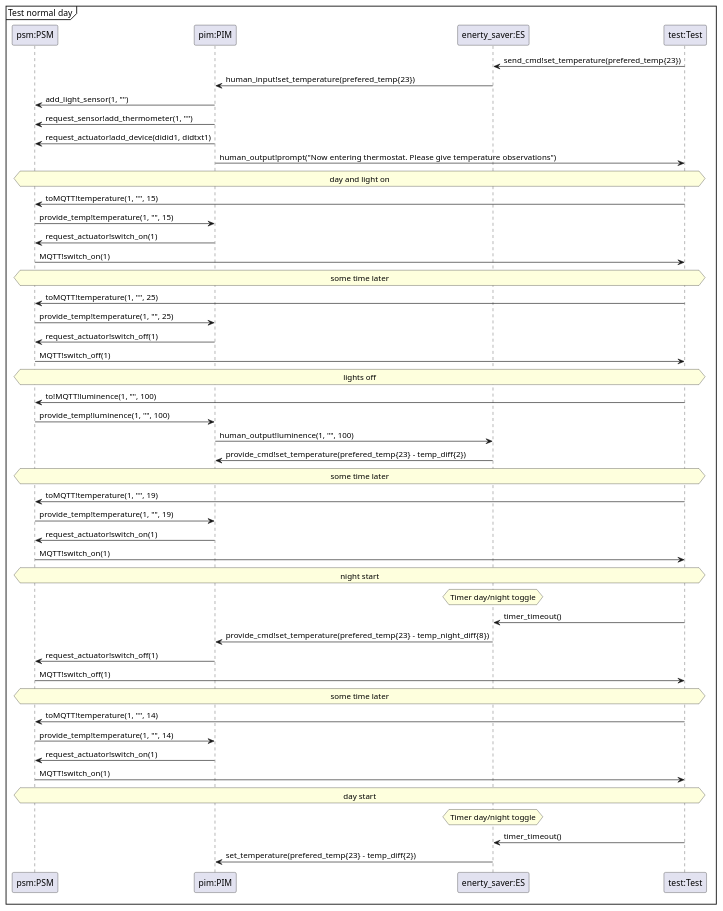
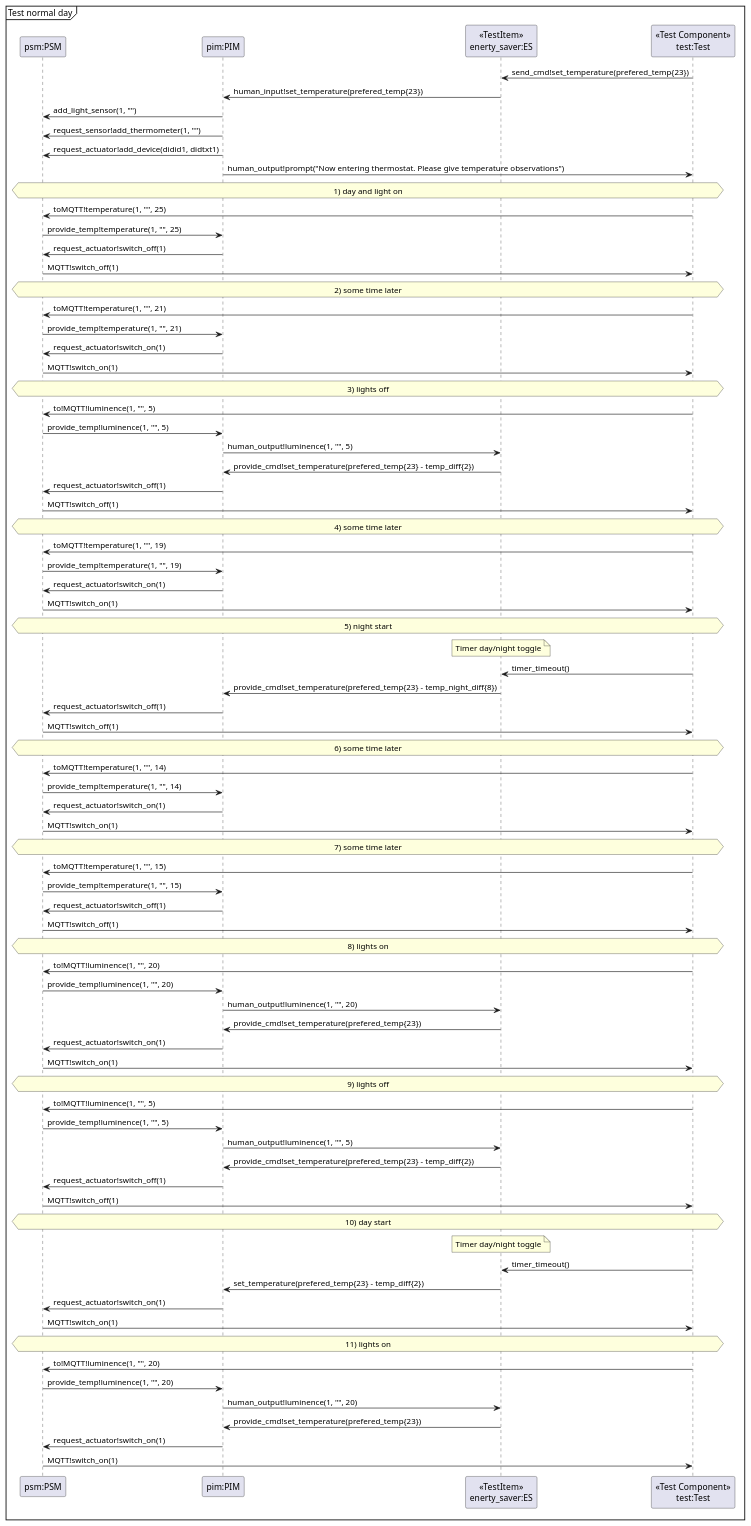
Before and after one commit to Tobhal/HIOF-Models-and-Digital-Twins: the diagram in Oblig1/TheRoomX3D2.MQTT.sim/Diagrams/new - sequence test diagram.plantuml, drawn with PlantUML. The commit also changed 1 other file, not shown here.

Commit message:
Update to diagrams
Created as new files temprary

```diff
--- a/Oblig1/TheRoomX3D2.MQTT.sim/Diagrams/new - sequence test diagram.plantuml
+++ b/Oblig1/TheRoomX3D2.MQTT.sim/Diagrams/new - sequence test diagram.plantuml
@@ -1,77 +1,144 @@
 @startuml sequense diagram
 mainframe Test normal day
 
 participant "psm:PSM" as psm
 participant "pim:PIM" as pim
-participant "enerty_saver:ES" as es
-participant "test:Test" as test
+participant "«TestItem»\nenerty_saver:ES" as es
+participant "«Test Component»\ntest:Test" as test
 
 'Set preferred temp
 es <- test: send_cmd!set_temperature(prefered_temp{23})
 pim <- es: human_input!set_temperature(prefered_temp{23})
 
 psm <- pim: add_light_sensor(1, "")
 
 psm <- pim: request_sensor!add_thermometer(1, "")
 psm <- pim: request_actuator!add_device(didid1, didtxt1)
 
 pim -> test: human_output!prompt("Now entering thermostat. Please give temperature observations")
 
-hnote across: day and light on
+hnote across: 1) day and light on
 'setup compleat
-
-test -> psm: toMQTT!temperature(1, "", 15)
-psm -> pim: provide_temp!temperature(1, "", 15)
-
-psm <- pim: request_actuator!switch_on(1)
-test <- psm: MQTT!switch_on(1)
-
-hnote across: some time later
 
 test -> psm: toMQTT!temperature(1, "", 25)
 psm -> pim: provide_temp!temperature(1, "", 25)
 
 psm <- pim: request_actuator!switch_off(1)
 test <- psm: MQTT!switch_off(1)
 
-hnote across: lights off
+/'---divider---'/
 
-test -> psm: to!MQTT!luminence(1, "", 100)
-psm -> pim: provide_temp!luminence(1, "", 100)
-pim -> es: human_output!luminence(1, "", 100)
+hnote across: 2) some time later
+
+test -> psm: toMQTT!temperature(1, "", 21)
+psm -> pim: provide_temp!temperature(1, "", 21)
+
+psm <- pim: request_actuator!switch_on(1)
+test <- psm: MQTT!switch_on(1)
+
+/'---divider---'/
+
+hnote across: 3) lights off
+
+test -> psm: to!MQTT!luminence(1, "", 5)
+psm -> pim: provide_temp!luminence(1, "", 5)
+pim -> es: human_output!luminence(1, "", 5)
 
 pim <- es: provide_cmd!set_temperature(prefered_temp{23} - temp_diff{2})
 
-hnote across: some time later
+psm <- pim: request_actuator!switch_off(1)
+test <- psm: MQTT!switch_off(1)
+
+/'---divider---'/
+
+hnote across: 4) some time later
 
 test -> psm: toMQTT!temperature(1, "", 19)
 psm -> pim: provide_temp!temperature(1, "", 19)
 
 psm <- pim: request_actuator!switch_on(1)
 test <- psm: MQTT!switch_on(1)
 
-hnote across: night start
-hnote over es: Timer day/night toggle
+/'---divider---'/
+
+hnote across: 5) night start
+note over es: Timer day/night toggle
 es <- test: timer_timeout()
 
 pim <- es: provide_cmd!set_temperature(prefered_temp{23} - temp_night_diff{8})
 
 psm <- pim: request_actuator!switch_off(1)
 test <- psm: MQTT!switch_off(1)
 
-hnote across: some time later
+/'---divider---'/
+
+hnote across: 6) some time later
 
 test -> psm: toMQTT!temperature(1, "", 14)
 psm -> pim: provide_temp!temperature(1, "", 14)
 
 psm <- pim: request_actuator!switch_on(1)
 test <- psm: MQTT!switch_on(1)
 
-hnote across: day start
-hnote over es: Timer day/night toggle
+/'---divider---'/
+
+hnote across: 7) some time later
+
+test -> psm: toMQTT!temperature(1, "", 15)
+psm -> pim: provide_temp!temperature(1, "", 15)
+
+psm <- pim: request_actuator!switch_off(1)
+test <- psm: MQTT!switch_off(1)
+
+/'---divider---'/
+
+hnote across: 8) lights on
+
+test -> psm: to!MQTT!luminence(1, "", 20)
+psm -> pim: provide_temp!luminence(1, "", 20)
+pim -> es: human_output!luminence(1, "", 20)
+
+pim <- es: provide_cmd!set_temperature(prefered_temp{23})
+
+psm <- pim: request_actuator!switch_on(1)
+test <- psm: MQTT!switch_on(1)
+
+/'---divider---'/
+
+hnote across: 9) lights off
+
+test -> psm: to!MQTT!luminence(1, "", 5)
+psm -> pim: provide_temp!luminence(1, "", 5)
+pim -> es: human_output!luminence(1, "", 5)
+
+pim <- es: provide_cmd!set_temperature(prefered_temp{23} - temp_diff{2})
+
+psm <- pim: request_actuator!switch_off(1)
+test <- psm: MQTT!switch_off(1)
+
+/'---divider---'/
+
+hnote across: 10) day start
+note over es: Timer day/night toggle
+
 es <- test: timer_timeout()
 
 pim <- es: set_temperature(prefered_temp{23} - temp_diff{2})
 
+psm <- pim: request_actuator!switch_on(1)
+test <- psm: MQTT!switch_on(1)
+
+/'---divider---'/
+
+hnote across: 11) lights on
+
+test -> psm: to!MQTT!luminence(1, "", 20)
+psm -> pim: provide_temp!luminence(1, "", 20)
+pim -> es: human_output!luminence(1, "", 20)
+
+pim <- es: provide_cmd!set_temperature(prefered_temp{23})
+
+psm <- pim: request_actuator!switch_on(1)
+test <- psm: MQTT!switch_on(1)
 
 @enduml
```
